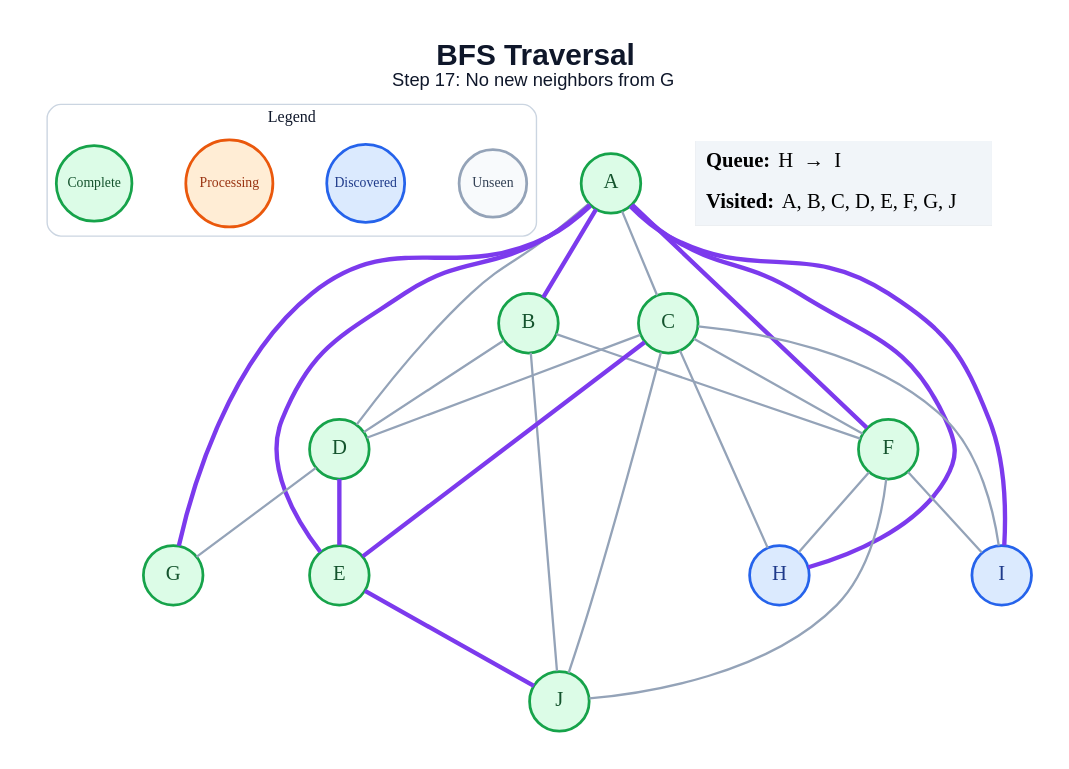
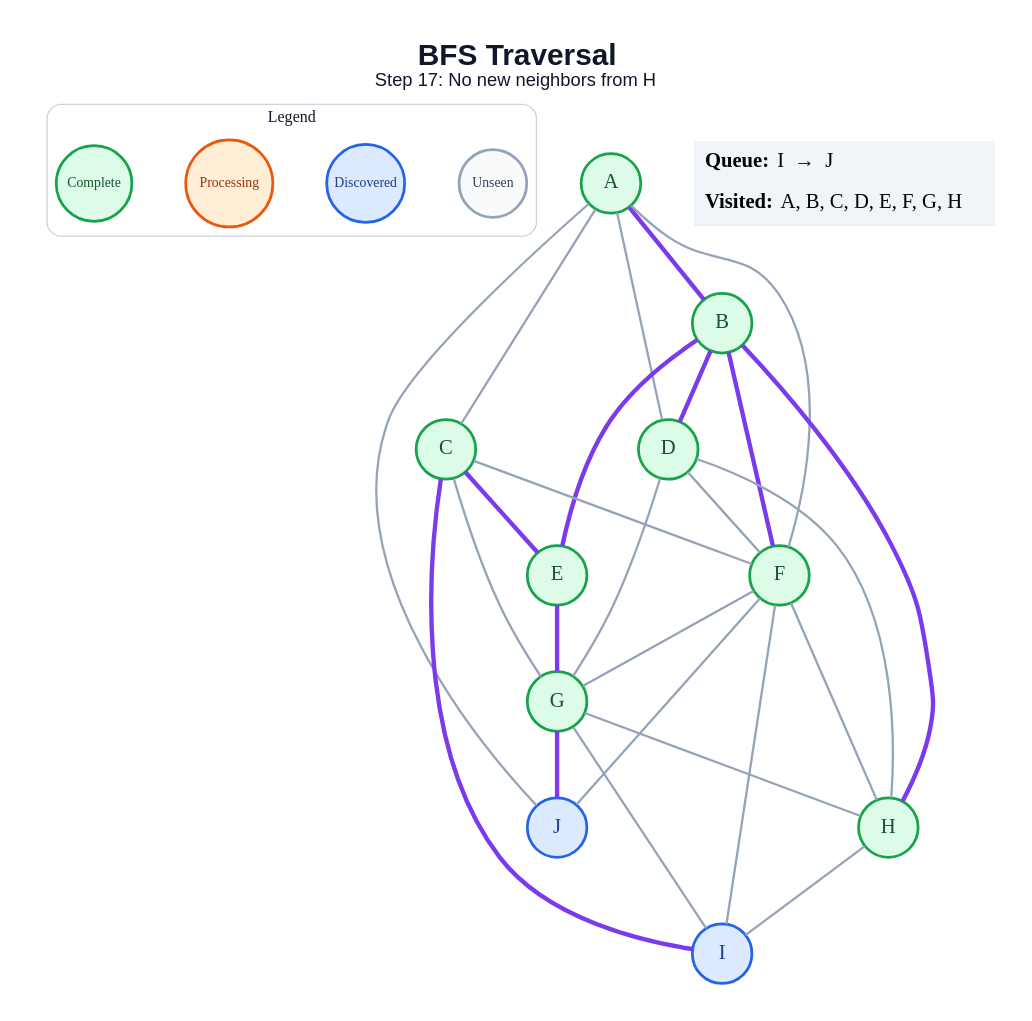
One commit to amanghodawala9/ai-slop changed the diagram in generated/specific-node/bfs/step_17.dot. Above: the diagram before and after it, drawn with Graphviz. The commit also changed 178 other files, not shown here.

```diff
--- a/generated/specific-node/bfs/step_17.dot
+++ b/generated/specific-node/bfs/step_17.dot
@@ -1,52 +1,54 @@
 graph traversal {
   graph [layout=dot, rankdir=TB, bgcolor="#FFFFFF", pad="0.35", nodesep="0.65", ranksep="0.8", fontname="Arial"];
   node [shape=circle, style="filled", fontname="Arial Bold", fontsize=18, width=0.72, fixedsize=true, penwidth=2.4];
   edge [color="#94A3B8", penwidth=2.0];
-  label=<<B>BFS Traversal</B><BR/><FONT POINT-SIZE="16">Step 17: No new neighbors from G</FONT>>; labelloc="t"; fontsize=26; fontname="Arial"; fontcolor="#0F172A";
+  label=<<B>BFS Traversal</B><BR/><FONT POINT-SIZE="16">Step 17: No new neighbors from H</FONT>>; labelloc="t"; fontsize=26; fontname="Arial"; fontcolor="#0F172A";
   subgraph cluster_legend { label="Legend"; color="#CBD5E1"; penwidth=1.2; style="rounded"; fontsize=14; fontname="Arial Bold";
     key_unseen [label="Unseen", fillcolor="#F8FAFC", color="#94A3B8", fontcolor="#334155", fontsize=12, width=0.82];
     key_frontier [label="Discovered", fillcolor="#DBEAFE", color="#2563EB", fontcolor="#1E3A8A", fontsize=12, width=0.95];
     key_current [label="Processing", fillcolor="#FFEDD5", color="#EA580C", fontcolor="#9A3412", fontsize=12, width=1.05];
     key_done [label="Complete", fillcolor="#DCFCE7", color="#16A34A", fontcolor="#14532D", fontsize=12, width=0.92];
     { rank=same; key_unseen; key_frontier; key_current; key_done; }
   }
   A [fillcolor="#DCFCE7", color="#16A34A", fontcolor="#14532D"];
   B [fillcolor="#DCFCE7", color="#16A34A", fontcolor="#14532D"];
   C [fillcolor="#DCFCE7", color="#16A34A", fontcolor="#14532D"];
   D [fillcolor="#DCFCE7", color="#16A34A", fontcolor="#14532D"];
   E [fillcolor="#DCFCE7", color="#16A34A", fontcolor="#14532D"];
   F [fillcolor="#DCFCE7", color="#16A34A", fontcolor="#14532D"];
   G [fillcolor="#DCFCE7", color="#16A34A", fontcolor="#14532D"];
-  H [fillcolor="#DBEAFE", color="#2563EB", fontcolor="#1E3A8A"];
+  H [fillcolor="#DCFCE7", color="#16A34A", fontcolor="#14532D"];
   I [fillcolor="#DBEAFE", color="#2563EB", fontcolor="#1E3A8A"];
-  J [fillcolor="#DCFCE7", color="#16A34A", fontcolor="#14532D"];
+  J [fillcolor="#DBEAFE", color="#2563EB", fontcolor="#1E3A8A"];
   A -- B [color="#7C3AED", penwidth=3.8];
   A -- C;
   A -- D;
-  A -- E [color="#7C3AED", penwidth=3.8];
-  A -- F [color="#7C3AED", penwidth=3.8];
-  A -- G [color="#7C3AED", penwidth=3.8];
-  A -- H [color="#7C3AED", penwidth=3.8];
-  A -- I [color="#7C3AED", penwidth=3.8];
-  B -- D;
-  B -- F;
-  B -- J;
-  C -- D;
+  A -- F;
+  A -- J;
+  B -- D [color="#7C3AED", penwidth=3.8];
+  B -- E [color="#7C3AED", penwidth=3.8];
+  B -- F [color="#7C3AED", penwidth=3.8];
+  B -- H [color="#7C3AED", penwidth=3.8];
   C -- E [color="#7C3AED", penwidth=3.8];
   C -- F;
-  C -- H;
-  C -- I;
-  C -- J;
-  D -- E [color="#7C3AED", penwidth=3.8];
+  C -- G;
+  C -- I [color="#7C3AED", penwidth=3.8];
+  D -- F;
   D -- G;
-  E -- J [color="#7C3AED", penwidth=3.8];
+  D -- H;
+  E -- G [color="#7C3AED", penwidth=3.8];
+  F -- G;
   F -- H;
   F -- I;
   F -- J;
+  G -- H;
+  G -- I;
+  G -- J [color="#7C3AED", penwidth=3.8];
+  H -- I;
   status [shape=plain, fixedsize=false, width=0, height=0, margin=0, label=<
     <TABLE BORDER="0" CELLBORDER="0" CELLPADDING="7" BGCOLOR="#F1F5F9">
-      <TR><TD ALIGN="LEFT"><B>Queue:</B> H  →  I</TD></TR>
-      <TR><TD ALIGN="LEFT"><B>Visited:</B> A, B, C, D, E, F, G, J</TD></TR>
+      <TR><TD ALIGN="LEFT"><B>Queue:</B> I  →  J</TD></TR>
+      <TR><TD ALIGN="LEFT"><B>Visited:</B> A, B, C, D, E, F, G, H</TD></TR>
     </TABLE>
   >];
 }
```
